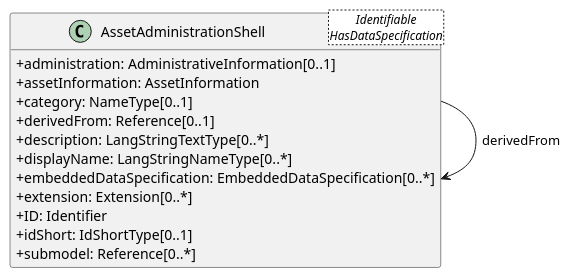
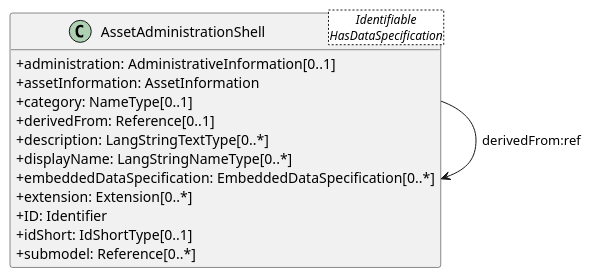
The diagram in output/classes/AssetAdministrationShell.puml (zrgt/py2puml), drawn with PlantUML before and after one commit. The commit also changed 7 other files, not shown here.

```diff
--- a/output/classes/AssetAdministrationShell.puml
+++ b/output/classes/AssetAdministrationShell.puml
@@ -1,19 +1,19 @@
 @startuml
 skinparam classAttributeIconSize 0
 hide methods
 
 class AssetAdministrationShell<Identifiable\nHasDataSpecification> {
   +administration: AdministrativeInformation[0..1] 
   +assetInformation: AssetInformation 
   +category: NameType[0..1] 
   +derivedFrom: Reference[0..1] 
   +description: LangStringTextType[0..*] 
   +displayName: LangStringNameType[0..*] 
   +embeddedDataSpecification: EmbeddedDataSpecification[0..*] 
   +extension: Extension[0..*] 
   +ID: Identifier 
   +idShort: IdShortType[0..1] 
   +submodel: Reference[0..*] 
 }
-AssetAdministrationShell --> AssetAdministrationShell : derivedFrom
+AssetAdministrationShell --> AssetAdministrationShell : derivedFrom:ref
 @enduml
```
